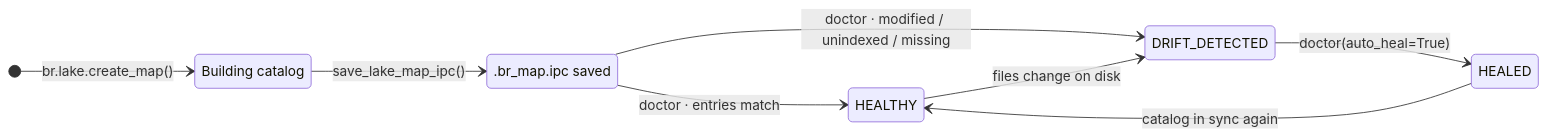
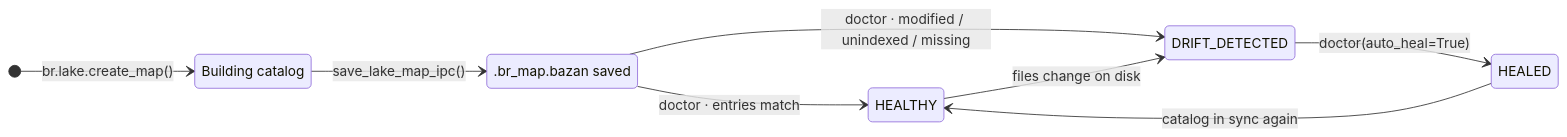
The diagram in docs/en/architecture/lake-map.md (VanDung-dev/basaltic-red), drawn with Mermaid before and after one commit. The commit also changed other lines of this file and 20 other files, not shown here.

First line of the commit message:
docs: update references from `.br_map.ipc` to `.br_map.bazan` format across documentation

````diff
--- a/docs/en/architecture/lake-map.md
+++ b/docs/en/architecture/lake-map.md
@@ -15,17 +15,17 @@
 ```mermaid
 stateDiagram-v2
     direction LR
     state "Building catalog" as Building
-    state ".br_map.ipc saved" as Saved
+    state ".br_map.bazan saved" as Saved
     state "HEALTHY" as Healthy
     state "DRIFT_DETECTED" as Drift
     state "HEALED" as Healed
 
     [*] --> Building: br.lake.create_map()
     Building --> Saved: save_lake_map_ipc()
     Saved --> Healthy: doctor · entries match
     Saved --> Drift: doctor · modified / unindexed / missing
     Healthy --> Drift: files change on disk
     Drift --> Healed: doctor(auto_heal=True)
     Healed --> Healthy: catalog in sync again
 ```
````
